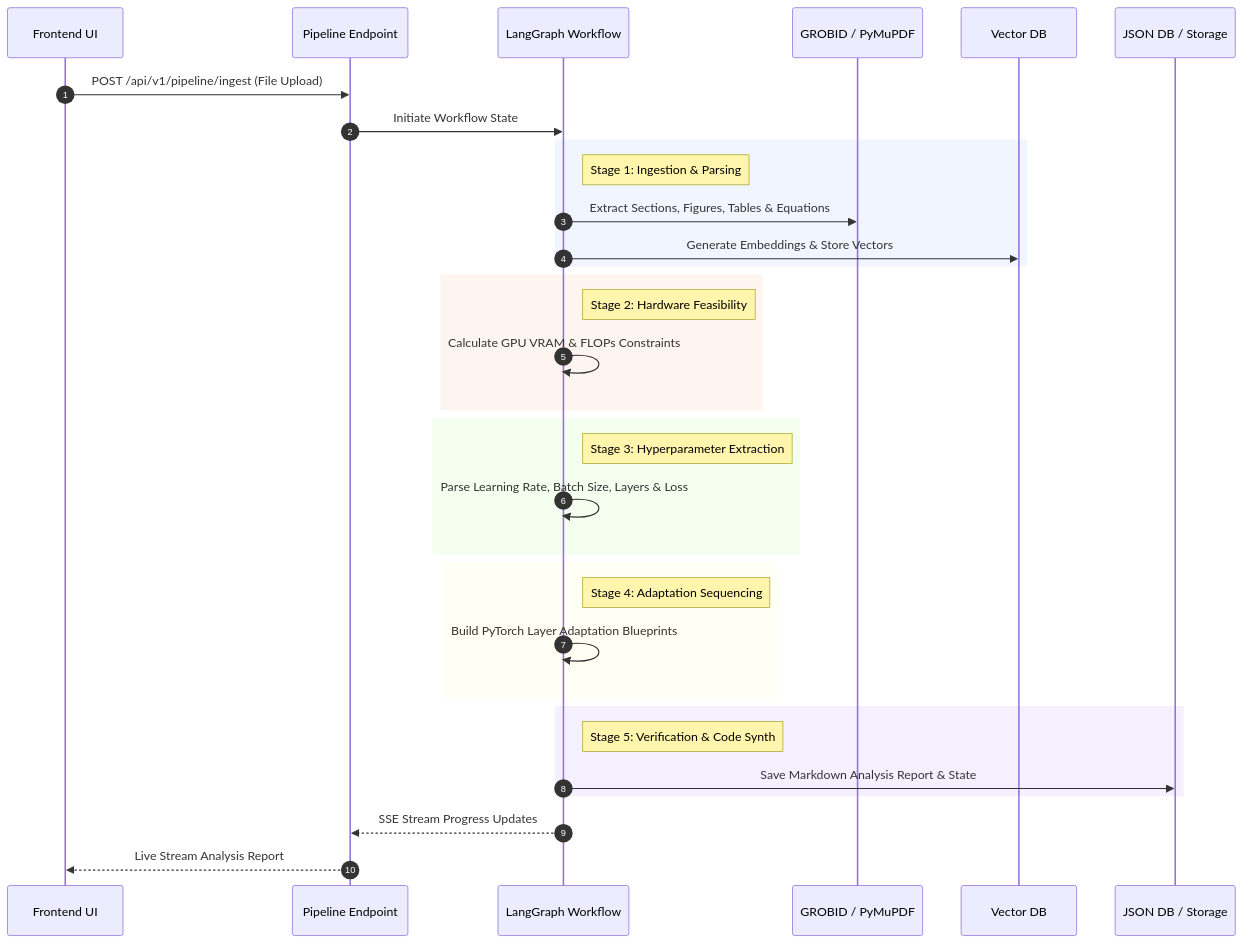
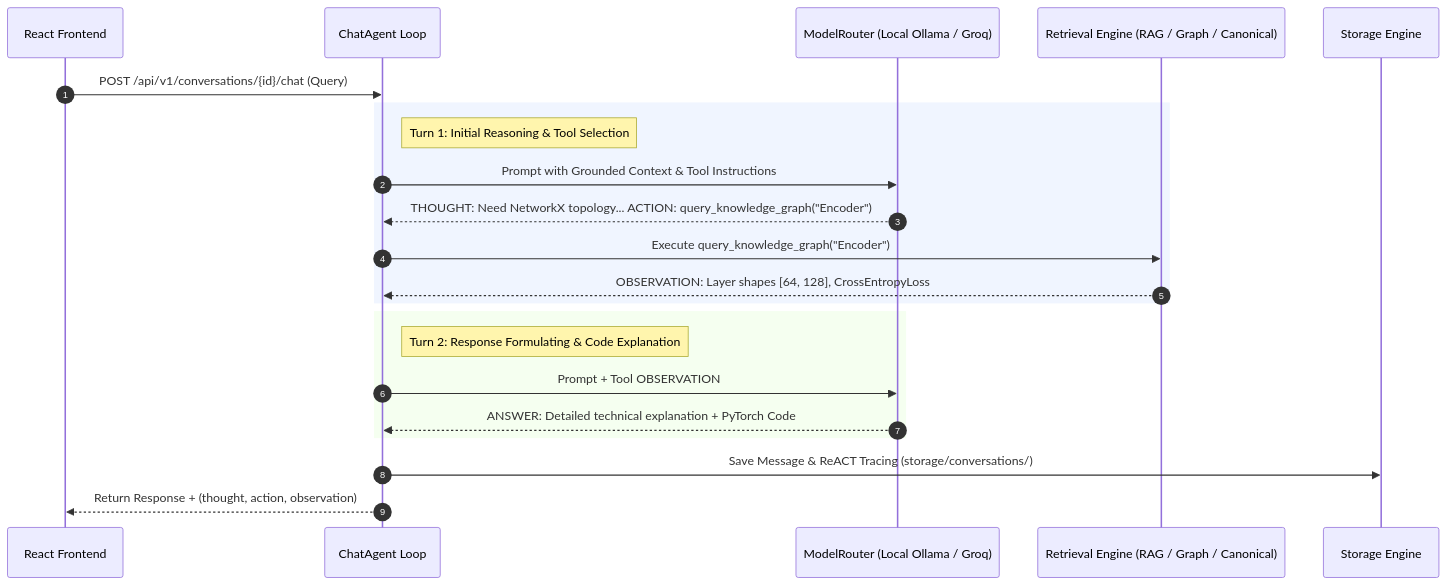
The second of 2 diagrams in backend/README.md (varunchandra10/Paper-2-Project), drawn with Mermaid before and after one commit. The commit also changed other lines of this file and 73 other files, not shown here.

Commit message:
Complete E2E backend verification across 48 paper corpus, update storage paths, and synchronize master documentation portal

````diff
--- a/backend/README.md
+++ b/backend/README.md
@@ -72,42 +61,28 @@
 ```mermaid
 sequenceDiagram
     autonumber
-    participant UI as Frontend UI
-    participant API as Pipeline Endpoint
-    participant LG as LangGraph Workflow
-    participant G as GROBID / PyMuPDF
-    participant V as Vector DB
-    participant DB as JSON DB / Storage
+    participant UI as React Frontend
+    participant Agent as ChatAgent Loop
+    participant Router as ModelRouter (Local Ollama / Groq)
+    participant Tool as Retrieval Engine (RAG / Graph / Canonical)
+    participant DB as Storage Engine
 
-    UI->>API: POST /api/v1/pipeline/ingest (File Upload)
-    API->>LG: Initiate Workflow State
+    UI->>Agent: POST /api/v1/conversations/{id}/chat (Query)
     
     rect rgb(240, 245, 255)
-        note right of LG: Stage 1: Ingestion & Parsing
-        LG->>G: Extract Sections, Figures, Tables & Equations
-        LG->>V: Generate Embeddings & Store Vectors
-    end
-
-    rect rgb(255, 245, 240)
-        note right of LG: Stage 2: Hardware Feasibility
-        LG->>LG: Calculate GPU VRAM & FLOPs Constraints
+        note right of Agent: Turn 1: Initial Reasoning & Tool Selection
+        Agent->>Router: Prompt with Grounded Context & Tool Instructions
+        Router-->>Agent: THOUGHT: Need NetworkX topology... ACTION: query_knowledge_graph("Encoder")
+        Agent->>Tool: Execute query_knowledge_graph("Encoder")
+        Tool-->>Agent: OBSERVATION: Layer shapes [64, 128], CrossEntropyLoss
     end
 
     rect rgb(245, 255, 240)
-        note right of LG: Stage 3: Hyperparameter Extraction
-        LG->>LG: Parse Learning Rate, Batch Size, Layers & Loss
+        note right of Agent: Turn 2: Response Formulating & Code Explanation
+        Agent->>Router: Prompt + Tool OBSERVATION
+        Router-->>Agent: ANSWER: Detailed technical explanation + PyTorch Code
     end
 
-    rect rgb(255, 255, 245)
-        note right of LG: Stage 4: Adaptation Sequencing
-        LG->>LG: Build PyTorch Layer Adaptation Blueprints
-    end
-
-    rect rgb(245, 240, 255)
-        note right of LG: Stage 5: Verification & Code Synth
-        LG->>DB: Save Markdown Analysis Report & State
-    end
-
-    LG-->>API: SSE Stream Progress Updates
-    API-->>UI: Live Stream Analysis Report
+    Agent->>DB: Save Message & ReACT Tracing (storage/conversations/)
+    Agent-->>UI: Return Response + (thought, action, observation)
 ```
````
